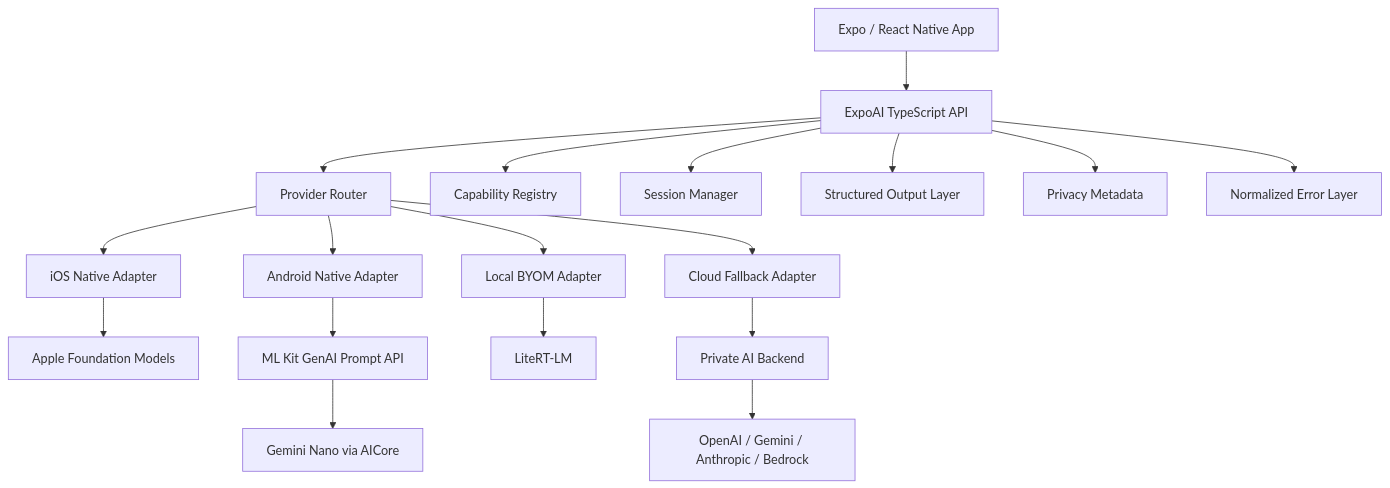
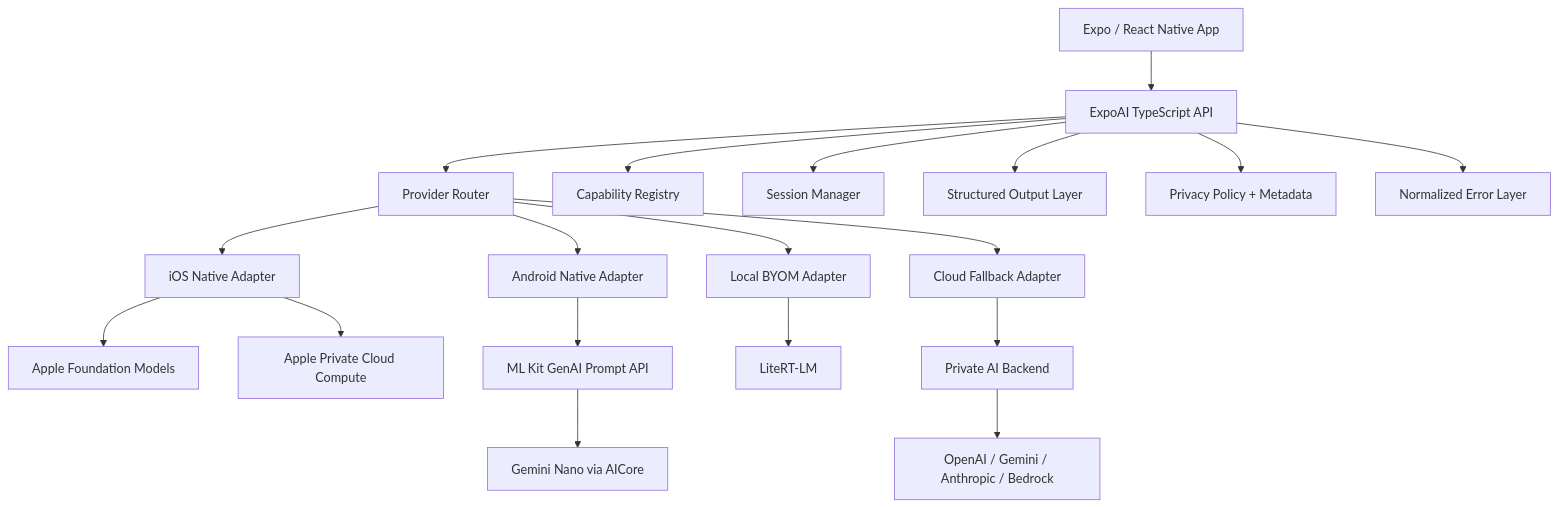
Before and after one commit to stewartmoreland/expo-ai-runtime: the diagram in website/docs/concepts/architecture.md, drawn with Mermaid. The commit also changed other lines of this file and 19 other files, not shown here.

Commit message:
docs: document privacy policy, PCC, usage, structured output modes and new APIs

````diff
--- a/website/docs/concepts/architecture.md
+++ b/website/docs/concepts/architecture.md
@@ -13,26 +13,27 @@
 ```mermaid
 flowchart TD
   App[Expo / React Native App] --> API[ExpoAI TypeScript API]
 
   API --> Router[Provider Router]
   API --> Capabilities[Capability Registry]
   API --> Sessions[Session Manager]
   API --> Schema[Structured Output Layer]
-  API --> Privacy[Privacy Metadata]
+  API --> Privacy[Privacy Policy + Metadata]
   API --> Errors[Normalized Error Layer]
 
   Router --> IOS[iOS Native Adapter]
   Router --> Android[Android Native Adapter]
   Router --> Local[Local BYOM Adapter]
   Router --> Cloud[Cloud Fallback Adapter]
 
   IOS --> AppleFM[Apple Foundation Models]
+  IOS --> PCC[Apple Private Cloud Compute]
 
   Android --> AICore[ML Kit GenAI Prompt API]
   AICore --> GeminiNano[Gemini Nano via AICore]
 
   Local --> LiteRT[LiteRT-LM]
 
   Cloud --> Backend[Private AI Backend]
   Backend --> Providers[OpenAI / Gemini / Anthropic / Bedrock]
 ```
````
